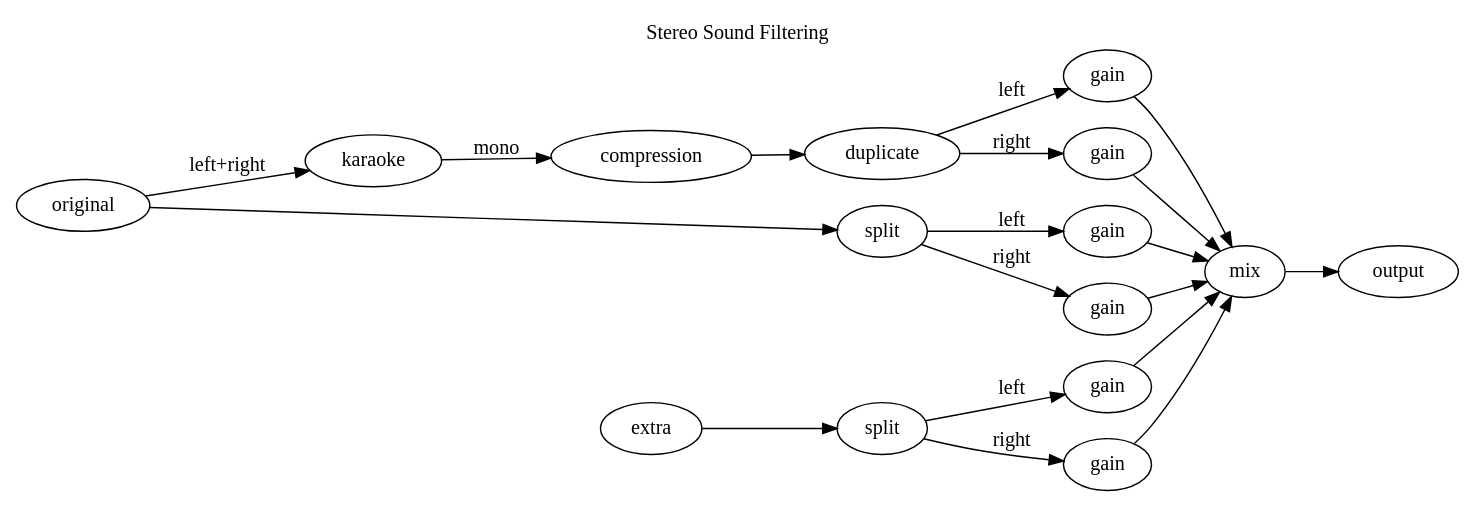
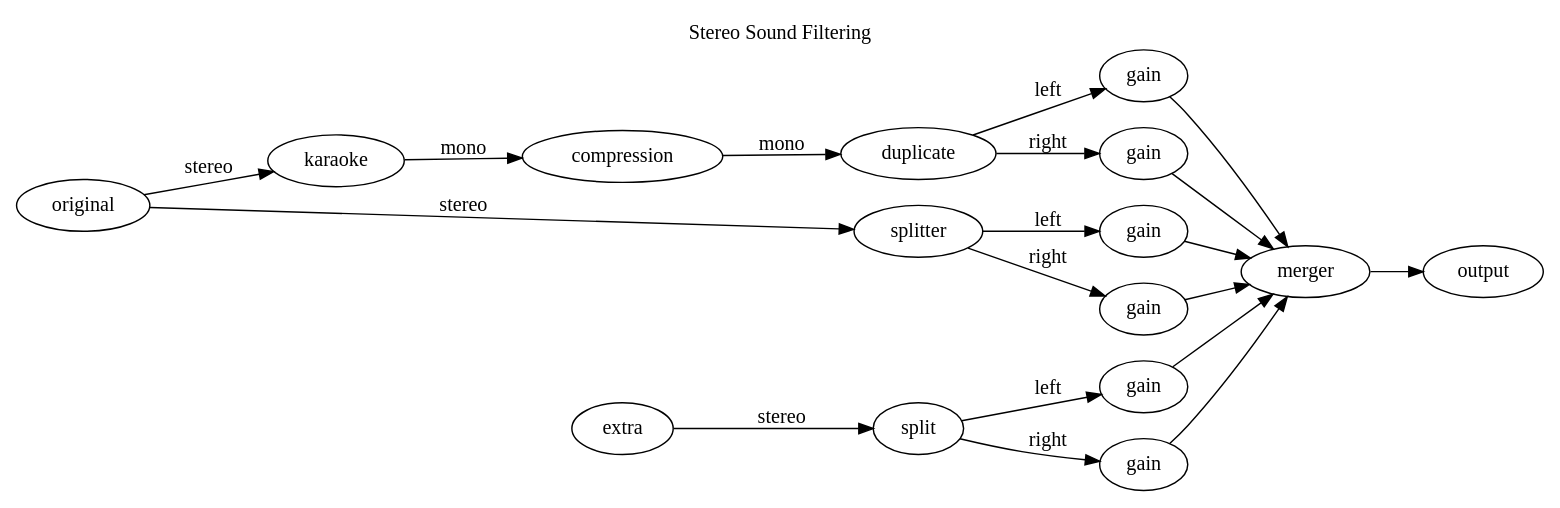
The diagram in filter-graph-stereo.gv (joeyparrish/upfish), drawn with Graphviz before and after one commit. The commit also changed 1 other file, not shown here.

Commit message:
Improve diagrams a bit

```diff
--- a/filter-graph-stereo.gv
+++ b/filter-graph-stereo.gv
@@ -1,44 +1,43 @@
 digraph {
   label = "Stereo Sound Filtering"
   labelloc = "t"
   rankdir = "LR"
 
-  original -> karaoke [label="left+right"];
+  original -> karaoke [label="stereo"];
   karaoke -> compression [label="mono"];
 
   gain0 [label="gain"];
   gain1 [label="gain"];
 
-  compression -> duplicate;
+  compression -> duplicate [label="mono"];
   duplicate -> gain0 [label="left"];
   duplicate -> gain1 [label="right"];
 
-  gain0 -> mix;
-  gain1 -> mix;
+  gain0 -> merger;
+  gain1 -> merger;
 
-  split2 [label="split"];
-  original -> split2;
+  original -> splitter [label="stereo"];
 
   gain2 [label="gain"];
   gain3 [label="gain"];
 
-  split2 -> gain2 [label="left"];
-  split2 -> gain3 [label="right"];
+  splitter -> gain2 [label="left"];
+  splitter -> gain3 [label="right"];
 
-  gain2 -> mix;
-  gain3 -> mix;
+  gain2 -> merger;
+  gain3 -> merger;
 
-  split3 [label="split"];
-  extra -> split3;
+  splitter2 [label="split"];
+  extra -> splitter2 [label="stereo"];
 
   gain4 [label="gain"];
   gain5 [label="gain"];
 
-  split3 -> gain4 [label="left"];
-  split3 -> gain5 [label="right"];
+  splitter2 -> gain4 [label="left"];
+  splitter2 -> gain5 [label="right"];
 
-  gain4 -> mix;
-  gain5 -> mix;
+  gain4 -> merger;
+  gain5 -> merger;
 
-  mix -> output;
+  merger -> output;
 }
```
